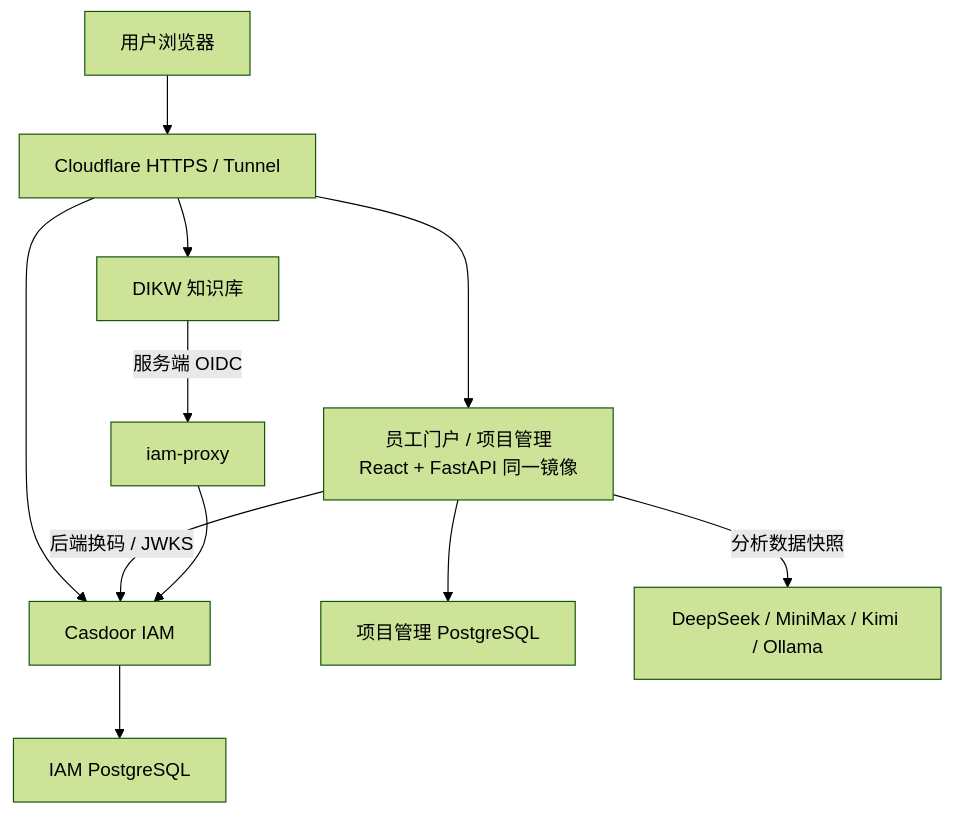
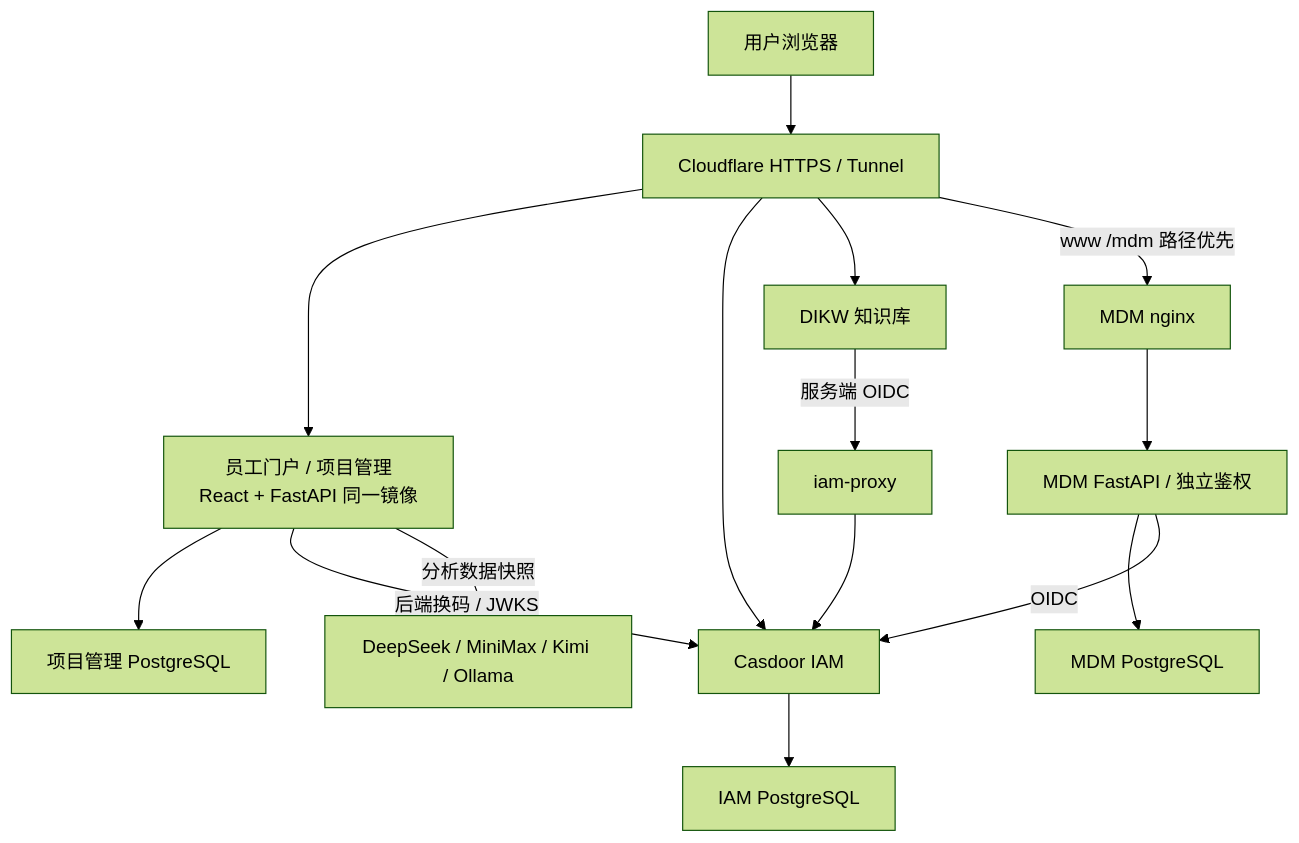
Before and after one commit to OpenLimsAI/mb-pm: the diagram in docs/architecture.md, drawn with Mermaid (forest theme). The commit also changed other lines of this file and 6 other files, not shown here.

````diff
--- a/docs/architecture.md
+++ b/docs/architecture.md
@@ -38,13 +38,17 @@
 ```mermaid
 flowchart TD
     Browser[用户浏览器] --> Tunnel[Cloudflare HTTPS / Tunnel]
     Tunnel --> App[员工门户 / 项目管理<br/>React + FastAPI 同一镜像]
     Tunnel --> IAM[Casdoor IAM]
     Tunnel --> KB[DIKW 知识库]
+    Tunnel -->|www /mdm 路径优先| MDMWeb[MDM nginx]
+    MDMWeb --> MDMBackend[MDM FastAPI / 独立鉴权]
+    MDMBackend --> MDMDB[MDM PostgreSQL]
+    MDMBackend -->|OIDC| IAM
     App --> PMDB[项目管理 PostgreSQL]
     IAM --> IAMDB[IAM PostgreSQL]
     App -->|后端换码 / JWKS| IAM
     App -->|分析数据快照| Model[DeepSeek / MiniMax / Kimi / Ollama]
     KB -->|服务端 OIDC| Proxy[iam-proxy]
     Proxy --> IAM
 ```
````
